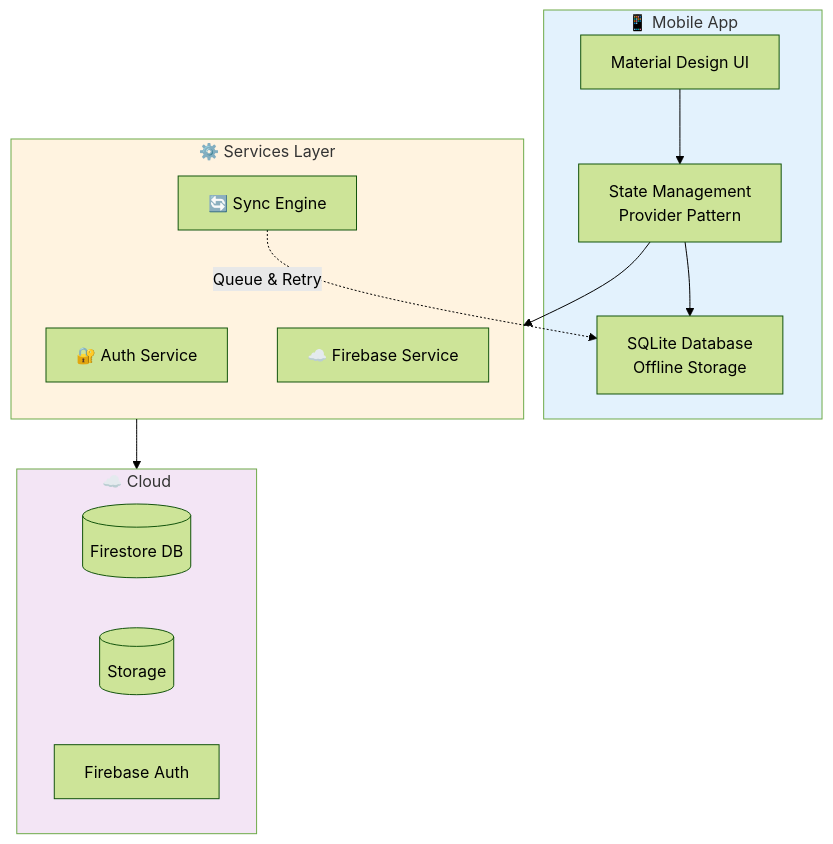
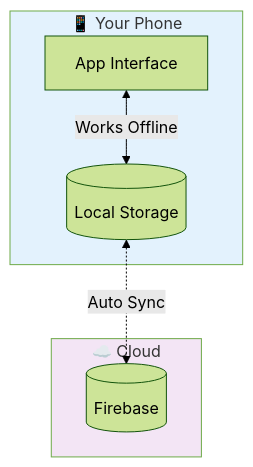
The second of 3 diagrams in README.md (Anish-2005/Nyantra-Mobile), drawn with Mermaid (forest theme) before and after one commit. The commit also changed other lines of this file, not shown here.

````diff
--- a/README.md
+++ b/README.md
@@ -78,30 +46,17 @@
 ```mermaid
 graph TB
-    subgraph Client["📱 Mobile App"]
-        UI[Material Design UI]
-        Provider[State Management<br/>Provider Pattern]
-        Local[SQLite Database<br/>Offline Storage]
+    subgraph Phone["📱 Your Phone"]
+        UI[App Interface]
+        DB[(Local Storage)]
     end
     
-    subgraph Services["⚙️ Services Layer"]
-        Auth[🔐 Auth Service]
-        Sync[🔄 Sync Engine]
-        Firebase[☁️ Firebase Service]
+    subgraph Cloud["☁️ Cloud"]
+        Firebase[(Firebase)]
     end
     
-    subgraph Backend["☁️ Cloud"]
-        Firestore[(Firestore DB)]
-        Storage[(Storage)]
-        FAuth[Firebase Auth]
-    end
+    UI <-->|Works Offline| DB
+    DB <-.->|Auto Sync| Firebase
     
-    UI --> Provider
-    Provider --> Local
-    Provider --> Services
-    Sync -.->|Queue & Retry| Local
-    Services --> Backend
-    
-    style Client fill:#e3f2fd
-    style Services fill:#fff3e0
-    style Backend fill:#f3e5f5
+    style Phone fill:#e3f2fd
+    style Cloud fill:#f3e5f5
 ```
````
